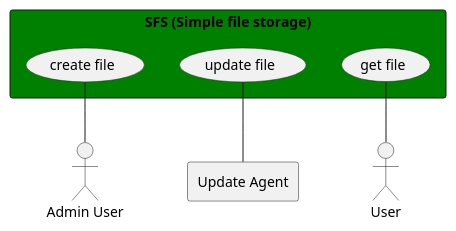
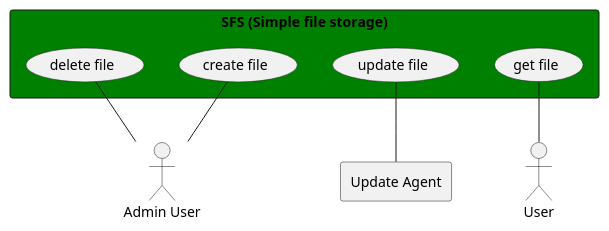
Before and after one commit to xh-dev/simple-file-storage: the diagram in docs/use case.puml, drawn with PlantUML. The commit also changed 13 other files, not shown here.

```diff
--- a/docs/use case.puml
+++ b/docs/use case.puml
@@ -1,16 +1,18 @@
 @startuml
 
 rectangle "SFS (Simple file storage)" as rect #green {
     (create file) as cf
+    (delete file) as df
     (update file) as uf
     (get file) as gf
 }
 
 :Admin User: as admin
 :User: as user
 agent "Update Agent" as appClient
 
 cf -- admin
+df -- admin
 uf -- appClient
 gf -- user
 @enduml
```
